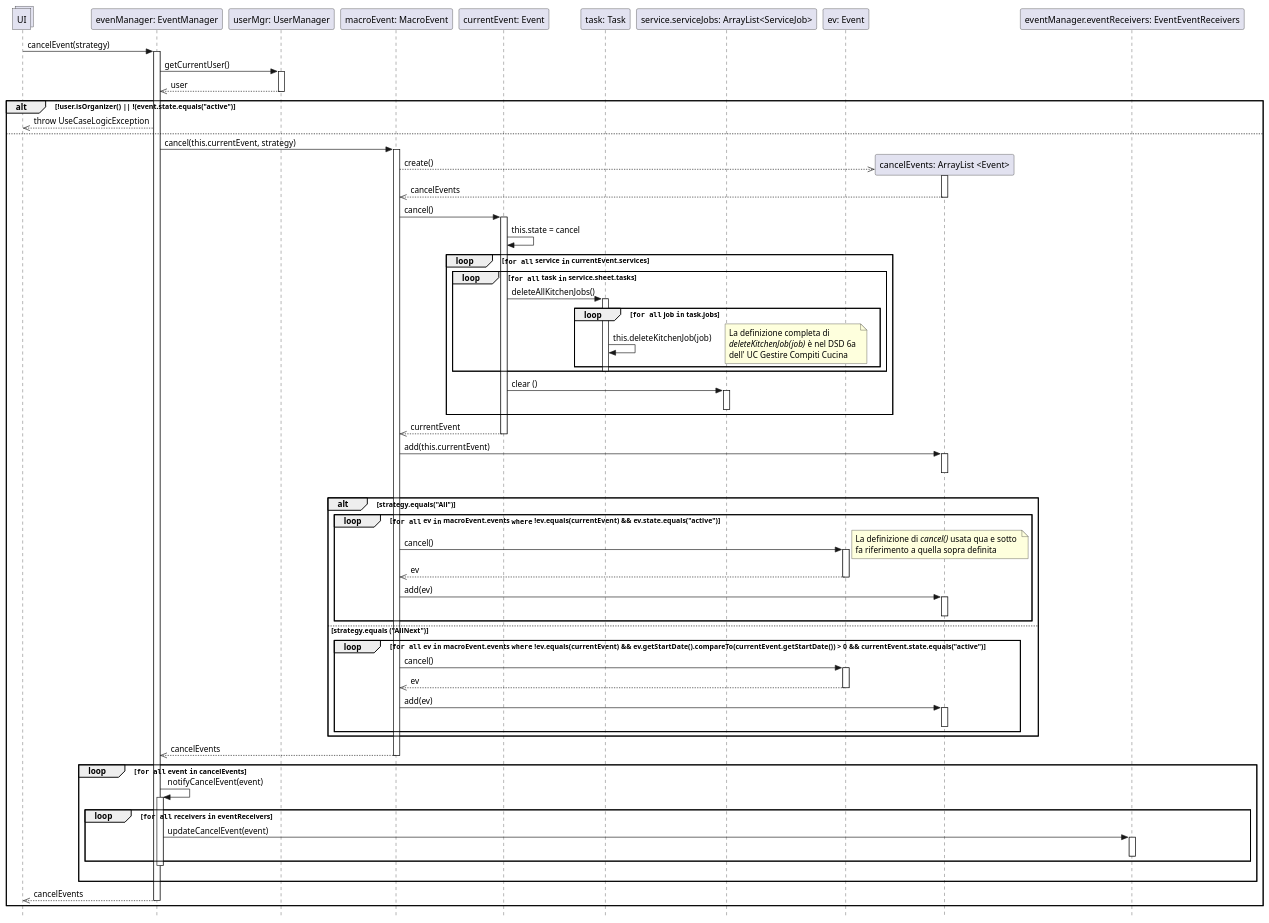
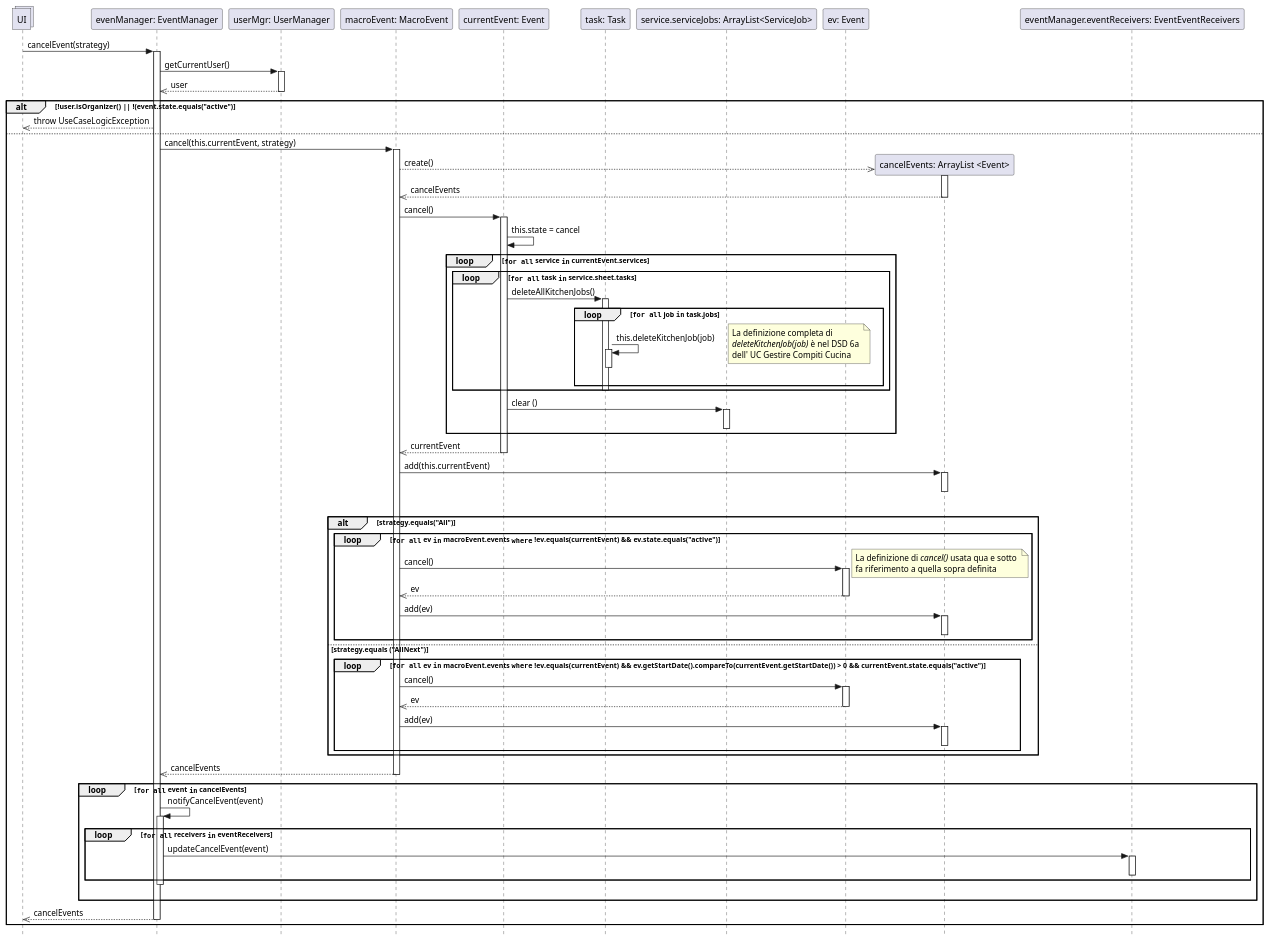
One commit to stefa168/sas-project changed the diagram in UP/Progettazione/UC Gestire Eventi/DSD/DSD Operazione 1a.2.puml. Above: the diagram before and after it, drawn with PlantUML. The commit also changed 3 other files, not shown here.

```diff
--- a/UP/Progettazione/UC Gestire Eventi/DSD/DSD Operazione 1a.2.puml
+++ b/UP/Progettazione/UC Gestire Eventi/DSD/DSD Operazione 1a.2.puml
@@ -1,99 +1,101 @@
 @startuml
 skinparam Style strictuml
 
 collections UI
 participant "evenManager: EventManager" as em
 participant "userMgr: UserManager" as um
 participant "macroEvent: MacroEvent" as maev
 participant "currentEvent: Event" as event
 participant "task: Task" as task
 participant "service.serviceJobs: ArrayList<ServiceJob>" as sj
 participant "ev: Event" as ev
 participant "cancelEvents: ArrayList <Event>" as evcanc
 participant "eventManager.eventReceivers: EventEventReceivers" as eer
 
 UI -> em: cancelEvent(strategy)
 activate em
     em -> um: getCurrentUser()
     activate um
         em <<-- um: user
     deactivate um
 
     alt !user.isOrganizer() || !(event.state.equals("active")
         UI <<-- em: throw UseCaseLogicException
     else
 
         em -> maev: cancel(this.currentEvent, strategy)
         activate maev
             maev -->> evcanc**: create()
             activate evcanc
             maev <<-- evcanc: cancelEvents
             deactivate evcanc
 
             maev -> event: cancel()
             activate event
             event -> event: this.state = cancel
 
             loop ""for all"" service ""in"" currentEvent.services
                 loop ""for all"" task ""in"" service.sheet.tasks
                     event -> task: deleteAllKitchenJobs()
                     activate task
                     loop ""for all"" job ""in"" task.jobs
                         task -> task: this.deleteKitchenJob(job)
+                        activate task
+                        deactivate task
                         note right: La definizione completa di\n//deleteKitchenJob(job)// è nel DSD 6a \ndell' UC Gestire Compiti Cucina
                     end
 
                     deactivate task
 
                 end
 
                 event -> sj: clear ()
                 activate sj
                 deactivate sj
             end
             maev <<-- event: currentEvent
             deactivate event
             maev -> evcanc: add(this.currentEvent)
             activate evcanc
             deactivate evcanc
             |||
             alt strategy.equals("All")
                 loop ""for all"" ev ""in"" macroEvent.events ""where"" !ev.equals(currentEvent) && ev.state.equals("active")
                     maev -> ev: cancel()
                     note right: La definizione di //cancel()// usata qua e sotto \nfa riferimento a quella sopra definita
                     activate ev
                     maev <<-- ev: ev
                     deactivate ev
                     maev -> evcanc: add(ev)
                     activate evcanc
                     deactivate evcanc
                 end
             else strategy.equals ("AllNext")
                 loop ""for all"" ev ""in"" macroEvent.events ""where"" !ev.equals(currentEvent) && ev.getStartDate().compareTo(currentEvent.getStartDate()) > 0 && currentEvent.state.equals("active")
                     maev -> ev: cancel()
                     activate ev
                     maev <<-- ev: ev
                     deactivate ev
                     maev -> evcanc: add(ev)
                     activate evcanc
                     deactivate evcanc
                 end
             end
         em <<-- maev: cancelEvents
         deactivate maev
         loop ""for all"" event ""in"" cancelEvents
             em -> em: notifyCancelEvent(event)
             activate em
             loop ""for all"" receivers ""in"" eventReceivers
                 em -> eer: updateCancelEvent(event)
                 activate eer
                 deactivate eer
             end
             deactivate em
         |||
         end
     UI <<-- em: cancelEvents
 deactivate em
 end
 
 @enduml
```
